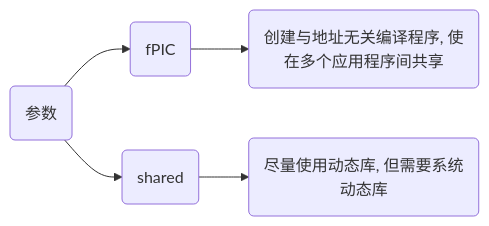
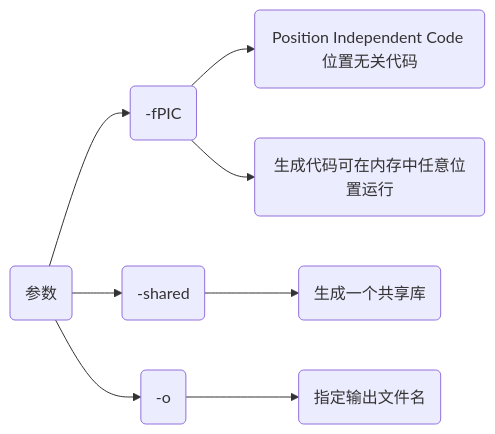
The second of 3 diagrams in _posts/language/c_c++/library/2023-02-28-动态库.md (dmjcb/dmjcb.github.io), drawn with Mermaid before and after one commit. The commit also changed other lines of this file and 13 other files, not shown here.

````diff
--- a/_posts/language/c_c++/library/2023-02-28-动态库.md
+++ b/_posts/language/c_c++/library/2023-02-28-动态库.md
@@ -129,6 +146,9 @@
 ```mermaid
 graph LR;
     X(参数)
-    X --> A(fPIC) --> A1(创建与地址无关编译程序, 使在多个应用程序间共享)
-    X --> B(shared) --> B1(尽量使用动态库, 但需要系统动态库)
+    X-->A("-fPIC")
+        A-->A1(Position Independent Code 位置无关代码)
+        A-->A2(生成代码可在内存中任意位置运行)
+    X-->B("-shared")-->B1(生成一个共享库)
+    X-->C("-o")-->C1(指定输出文件名)
 ```
````
